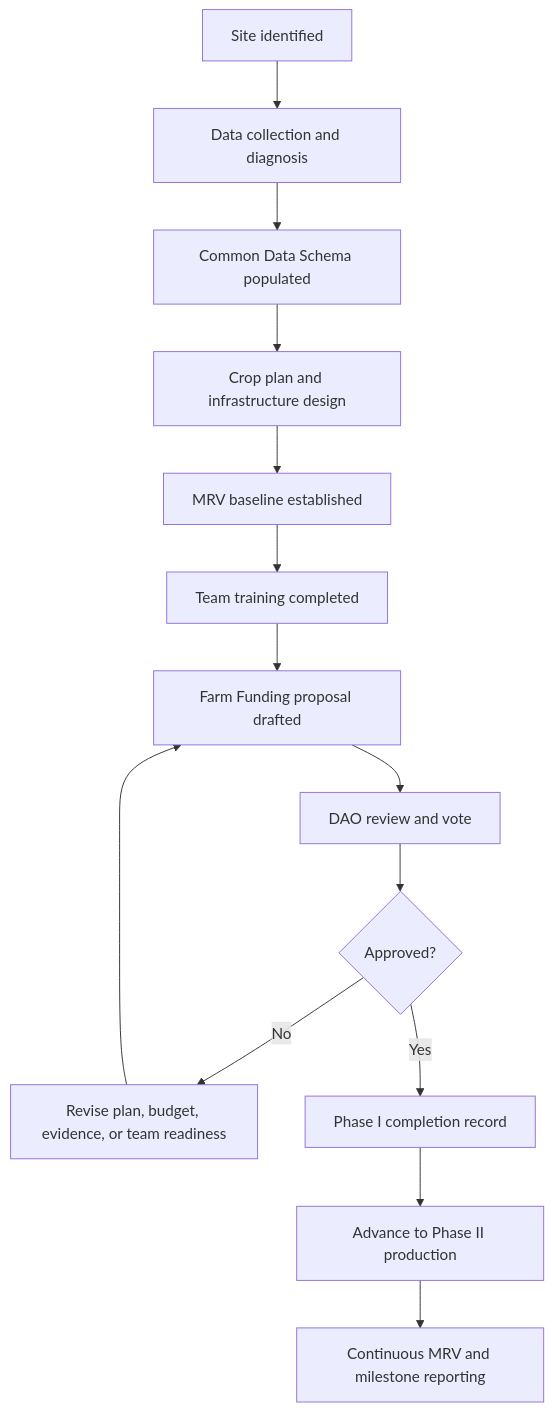
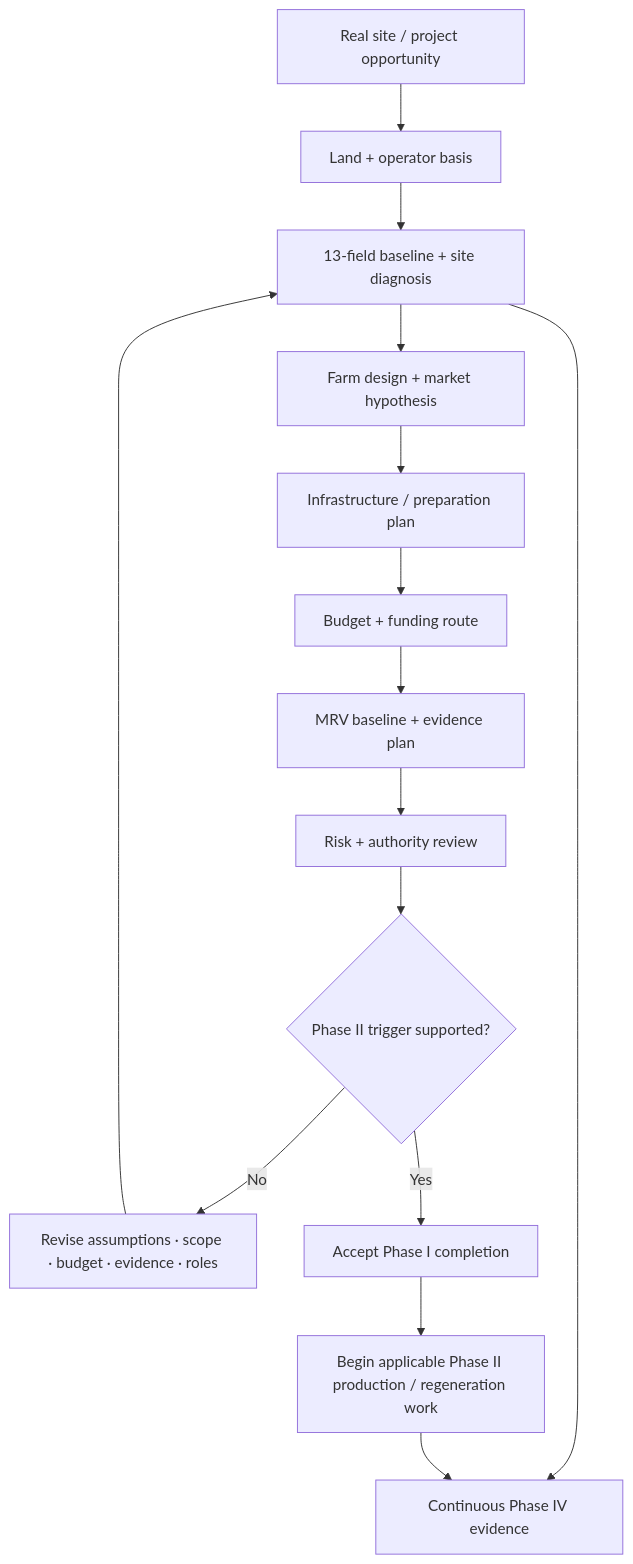
One commit to wasalo/Kokonut-Public-Site changed the diagram in kokonut-framework/development-phases/phase-i.mdx. Above: the diagram before and after it, drawn with Mermaid. The commit also changed other lines of this file, not shown here.

Commit message:
docs(kokonut-framework): improve Phase I readiness

````diff
--- a/kokonut-framework/development-phases/phase-i.mdx
+++ b/kokonut-framework/development-phases/phase-i.mdx
@@ -79,16 +99,20 @@
 ```mermaid
 flowchart TD
-    A["Site identified"] --> B["Data collection and diagnosis"]
-    B --> C["Common Data Schema populated"]
-    C --> D["Crop plan and infrastructure design"]
-    D --> E["MRV baseline established"]
-    E --> F["Team training completed"]
-    F --> G["Farm Funding proposal drafted"]
-    G --> H["DAO review and vote"]
-    H --> I{"Approved?"}
-    I -->|No| J["Revise plan, budget, evidence, or team readiness"]
-    J --> G
-    I -->|Yes| K["Phase I completion record"]
-    K --> L["Advance to Phase II production"]
-    L --> M["Continuous MRV and milestone reporting"]
+    A["Real site / project opportunity"] --> B["Land + operator basis"]
+    B --> C["13-field baseline + site diagnosis"]
+    C --> D["Farm design + market hypothesis"]
+    D --> E["Infrastructure / preparation plan"]
+    E --> F["Budget + funding route"]
+    F --> G["MRV baseline + evidence plan"]
+    G --> H["Risk + authority review"]
+    H --> I{"Phase II trigger supported?"}
+
+    I -->|No| J["Revise assumptions · scope · budget · evidence · roles"]
+    J --> C
+
+    I -->|Yes| K["Accept Phase I completion"]
+    K --> L["Begin applicable Phase II production / regeneration work"]
+
+    C --> M["Continuous Phase IV evidence"]
+    L --> M
 ```
````
